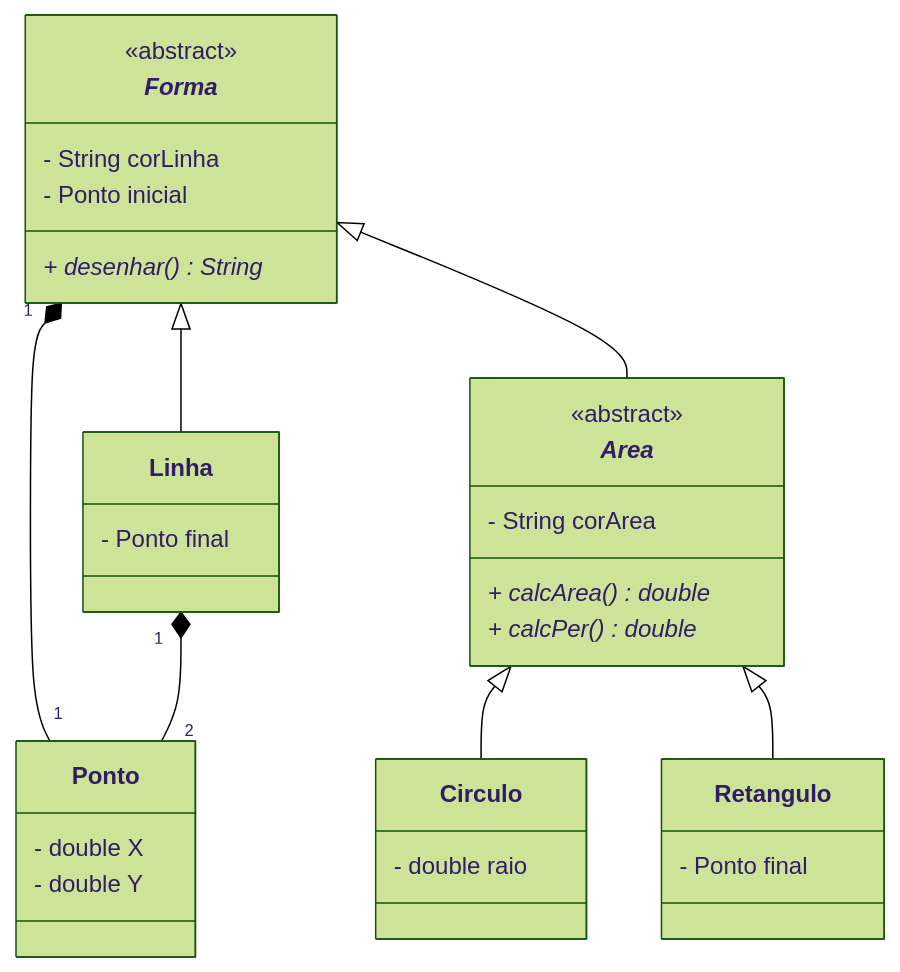
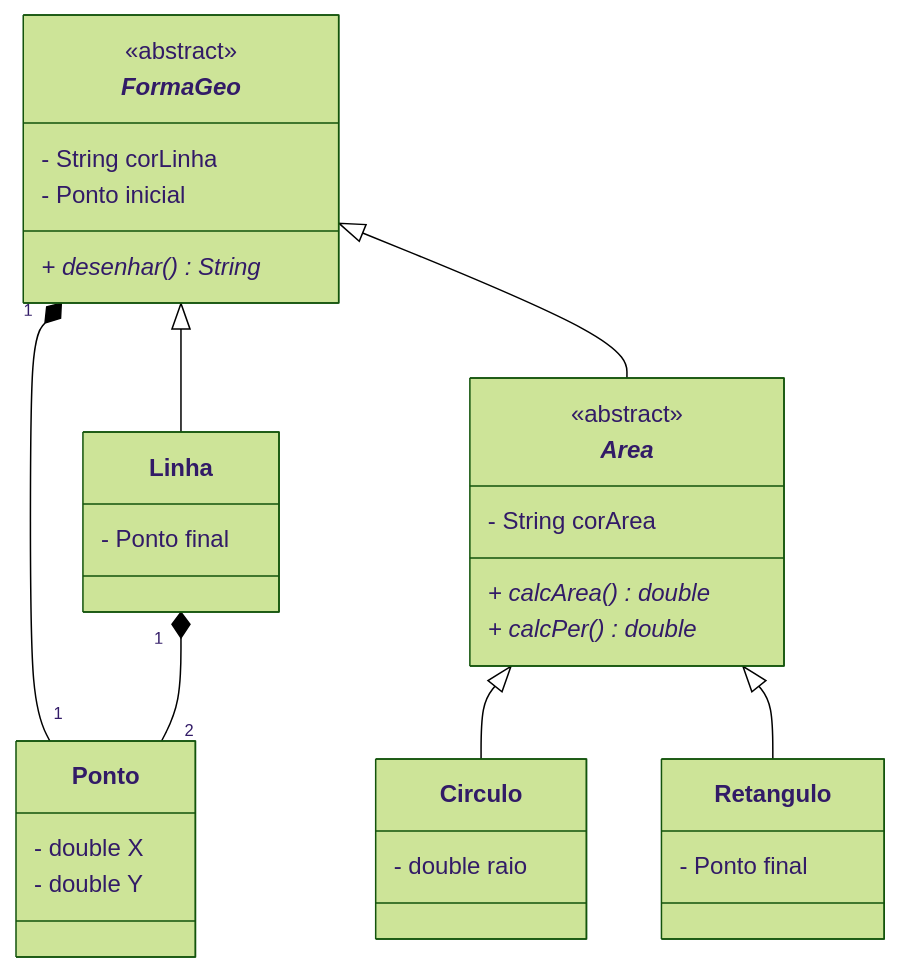
Before and after one commit to Aluno55/POO: the diagram in aula-desenhos/README.md, drawn with Mermaid (forest theme). The commit also changed 4 other files, not shown here.

````diff
--- a/aula-desenhos/README.md
+++ b/aula-desenhos/README.md
@@ -1,34 +1,34 @@
 ```mermaid
 classDiagram
-class _Forma_{
+class _FormaGeo_{
     <<abstract>>
     - String corLinha
     - Ponto inicial
     + desenhar () String*
 }
-_Forma_ "1"*--"1" Ponto
-_Forma_ <|-- _Area_
-_Forma_ <|-- Linha
+_FormaGeo_ "1"*--"1" Ponto
+_FormaGeo_ <|-- _Area_
+_FormaGeo_ <|-- Linha
 Linha "1"*--"2" Ponto
 _Area_ <|-- Circulo
 _Area_ <|-- Retangulo
 class Ponto{
     - double X
     - double Y
 }
 class Linha{
     - Ponto final
 }
 class _Area_ {
     <<abstract>>
     - String corArea
     + calcArea () double*
     + calcPer () double*
 }
 class Circulo{
     - double raio
 }
 class Retangulo{
     - Ponto final
 }
 ```
````
